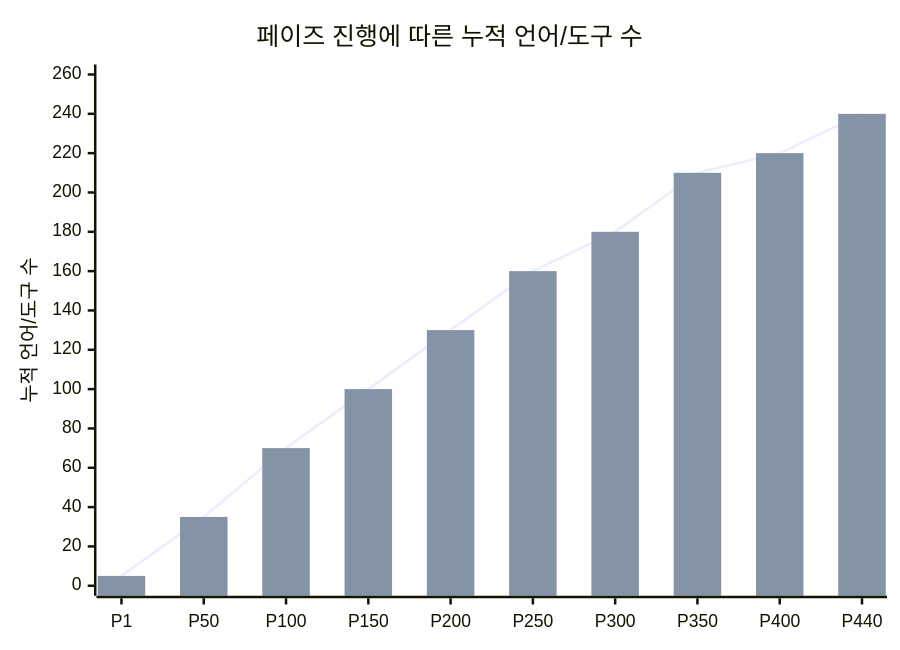
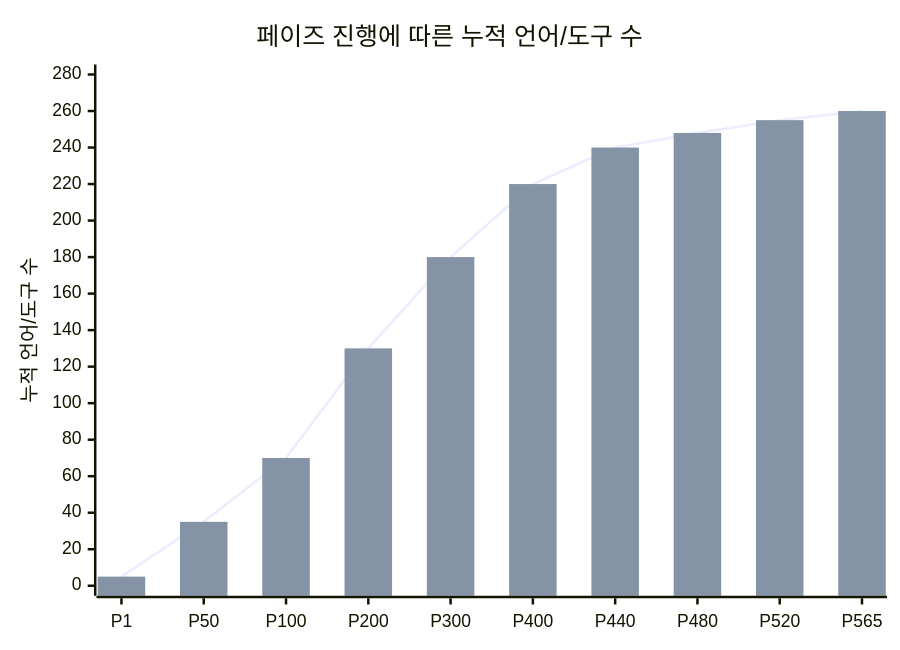
Diagram 24 of 33 in README.md (sun475300-sudo/Swarm-control-in-sc2bot), drawn with Mermaid before and after one commit. The commit also changed other lines of this file, not shown here.

````diff
--- a/README.md
+++ b/README.md
@@ -1188,8 +1233,8 @@
 ```mermaid
 xychart-beta
     title "페이즈 진행에 따른 누적 언어/도구 수"
-    x-axis ["P1", "P50", "P100", "P150", "P200", "P250", "P300", "P350", "P400", "P440"]
-    y-axis "누적 언어/도구 수" 0 --> 260
-    line [5, 35, 70, 100, 130, 160, 180, 210, 220, 240]
-    bar [5, 35, 70, 100, 130, 160, 180, 210, 220, 240]
+    x-axis ["P1", "P50", "P100", "P200", "P300", "P400", "P440", "P480", "P520", "P565"]
+    y-axis "누적 언어/도구 수" 0 --> 280
+    line [5, 35, 70, 130, 180, 220, 240, 248, 255, 260]
+    bar [5, 35, 70, 130, 180, 220, 240, 248, 255, 260]
 ```
````
